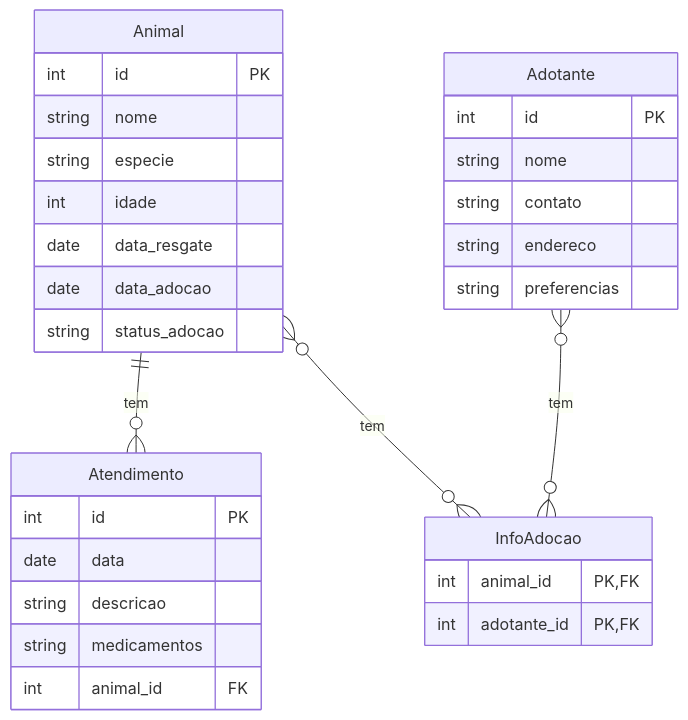
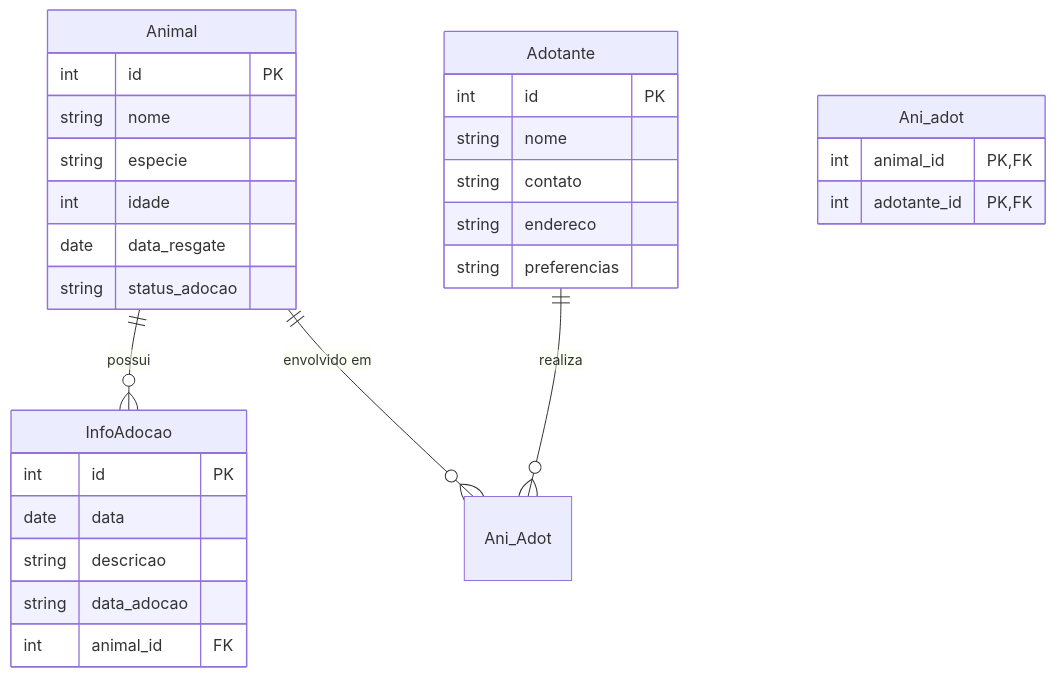
One commit to Trixx19/trab2_persistencia2025 changed the diagram in README.md. Above: the diagram before and after it, drawn with Mermaid.

Commit message:
Update adoption information structure in README

````diff
--- a/README.md
+++ b/README.md
@@ -1,34 +1,34 @@
 ```mermaid
 erDiagram
     Animal {
         int id PK
         string nome
         string especie
         int idade
         date data_resgate
-        date data_adocao
         string status_adocao
     }
-    Atendimento {
+    InfoAdocao {
         int id PK
         date data
         string descricao
-        string medicamentos
+        string data_adocao
         int animal_id FK
     }
     Adotante {
         int id PK
         string nome
         string contato
         string endereco
         string preferencias
     }
-    InfoAdocao {
+    Ani_adot {
         int animal_id PK, FK
         int adotante_id PK, FK
     }
-    Animal ||--o{ Atendimento : "tem"
-    Animal }o--o{ InfoAdocao : "tem"
-    Adotante }o--o{ InfoAdocao : "tem"
+
+    Animal ||--o{ InfoAdocao : "possui"
+    Animal ||--o{ Ani_Adot : "envolvido em"
+    Adotante ||--o{ Ani_Adot : "realiza"
 
 ```
````
